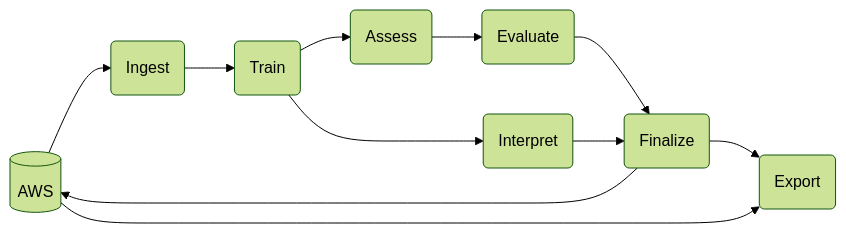
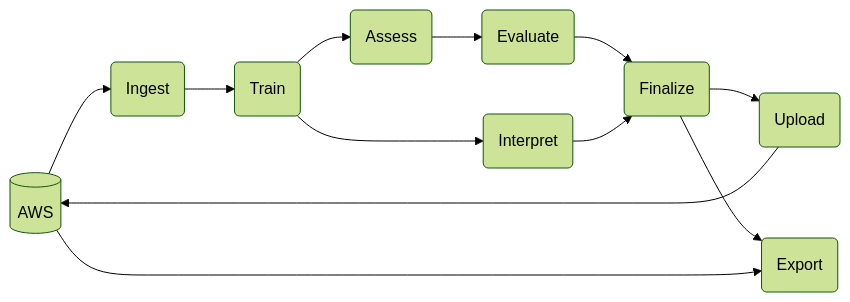
The diagram in README.Rmd (ccao-data/model-res-avm), drawn with Mermaid (forest theme) before and after one commit. The commit also changed other lines of this file and 13 other files, not shown here.

````diff
--- a/README.Rmd
+++ b/README.Rmd
@@ -53,22 +53,24 @@
 ```mermaid
 graph LR
     aws[("AWS")]
     ingest("Ingest")
     train("Train")
     assess("Assess")
     evaluate("Evaluate")
     interpret("Interpret")
     finalize("Finalize")
+    upload("Upload")
     export("Export")
 
     ingest --> train
     train --> assess
     train --> interpret
     assess --> evaluate
     evaluate --> finalize
     interpret --> finalize
-    finalize --> aws
+    finalize --> upload
     finalize --> export
+    upload --> aws
     aws --> ingest
     aws --> export
 ```
````
